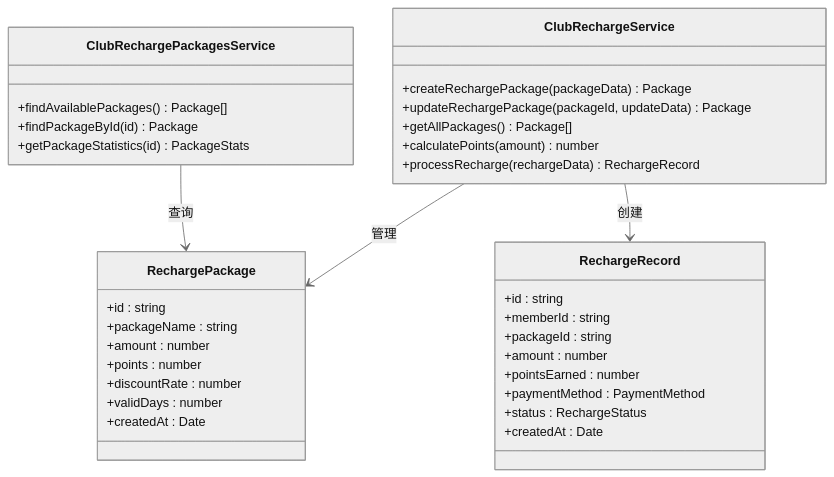
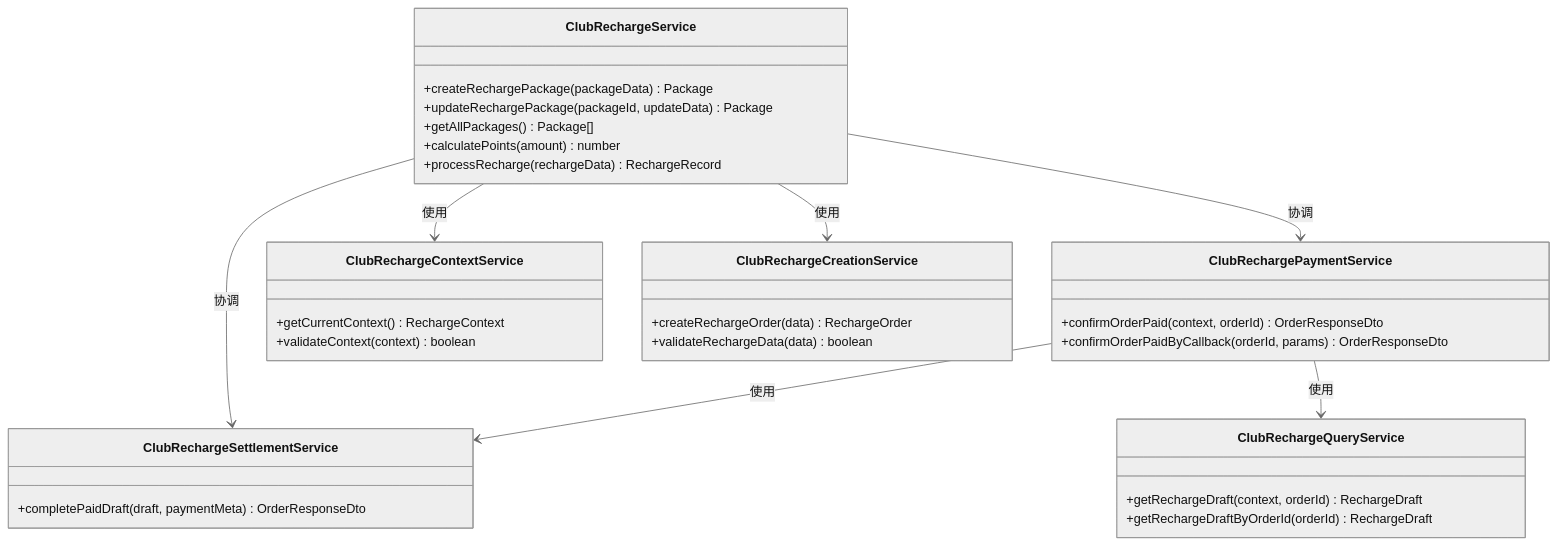
The seventh of 9 diagrams in .qoder/repowiki/zh/content/业务模块/纯俱乐部模块.md (rc558620/purelyprofit-server), drawn with Mermaid (neutral theme) before and after one commit. The commit also changed other lines of this file and 534 other files, not shown here.

````diff
--- a/.qoder/repowiki/zh/content/业务模块/纯俱乐部模块.md
+++ b/.qoder/repowiki/zh/content/业务模块/纯俱乐部模块.md
@@ -351,37 +454,35 @@
 ```mermaid
 classDiagram
 class ClubRechargeService {
 +createRechargePackage(packageData) Package
 +updateRechargePackage(packageId, updateData) Package
 +getAllPackages() Package[]
 +calculatePoints(amount) number
 +processRecharge(rechargeData) RechargeRecord
 }
-class ClubRechargePackagesService {
-+findAvailablePackages() Package[]
-+findPackageById(id) Package
-+getPackageStatistics(id) PackageStats
+class ClubRechargePaymentService {
++confirmOrderPaid(context, orderId) OrderResponseDto
++confirmOrderPaidByCallback(orderId, params) OrderResponseDto
 }
-class RechargePackage {
-+id : string
-+packageName : string
-+amount : number
-+points : number
-+discountRate : number
-+validDays : number
-+createdAt : Date
+class ClubRechargeSettlementService {
++completePaidDraft(draft, paymentMeta) OrderResponseDto
 }
-class RechargeRecord {
-+id : string
-+memberId : string
-+packageId : string
-+amount : number
-+pointsEarned : number
-+paymentMethod : PaymentMethod
-+status : RechargeStatus
-+createdAt : Date
+class ClubRechargeQueryService {
++getRechargeDraft(context, orderId) RechargeDraft
++getRechargeDraftByOrderId(orderId) RechargeDraft
 }
-ClubRechargeService --> RechargePackage : 管理
-ClubRechargePackagesService --> RechargePackage : 查询
-ClubRechargeService --> RechargeRecord : 创建
+class ClubRechargeContextService {
++getCurrentContext() RechargeContext
++validateContext(context) boolean
+}
+class ClubRechargeCreationService {
++createRechargeOrder(data) RechargeOrder
++validateRechargeData(data) boolean
+}
+ClubRechargeService --> ClubRechargePaymentService : 协调
+ClubRechargeService --> ClubRechargeSettlementService : 协调
+ClubRechargeService --> ClubRechargeContextService : 使用
+ClubRechargeService --> ClubRechargeCreationService : 使用
+ClubRechargePaymentService --> ClubRechargeSettlementService : 使用
+ClubRechargePaymentService --> ClubRechargeQueryService : 使用
 ```
````
